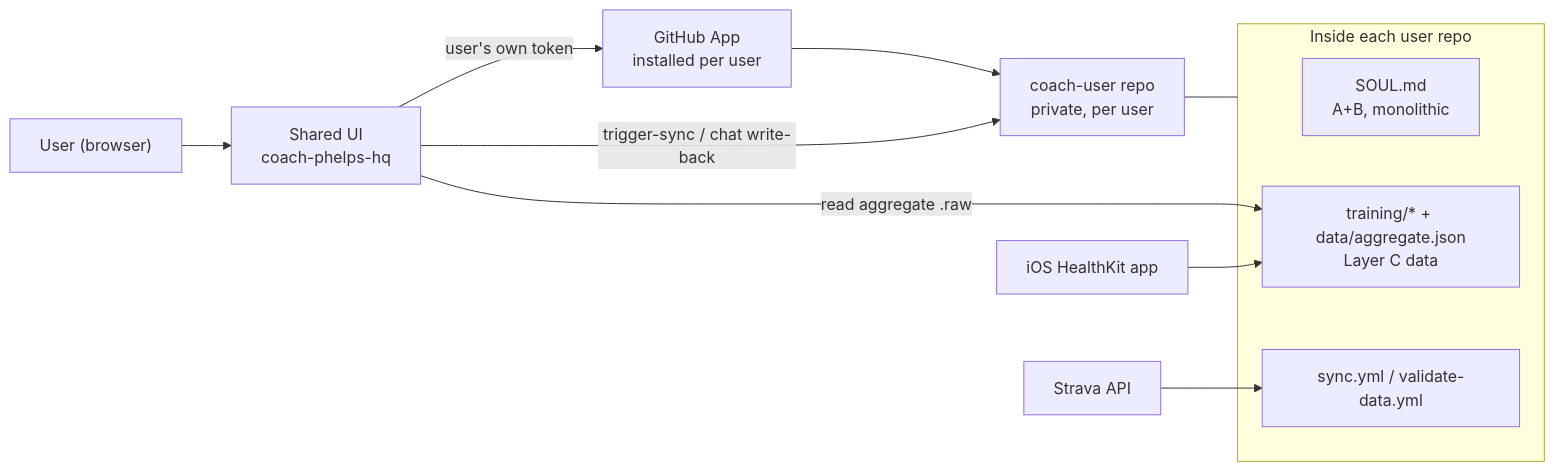
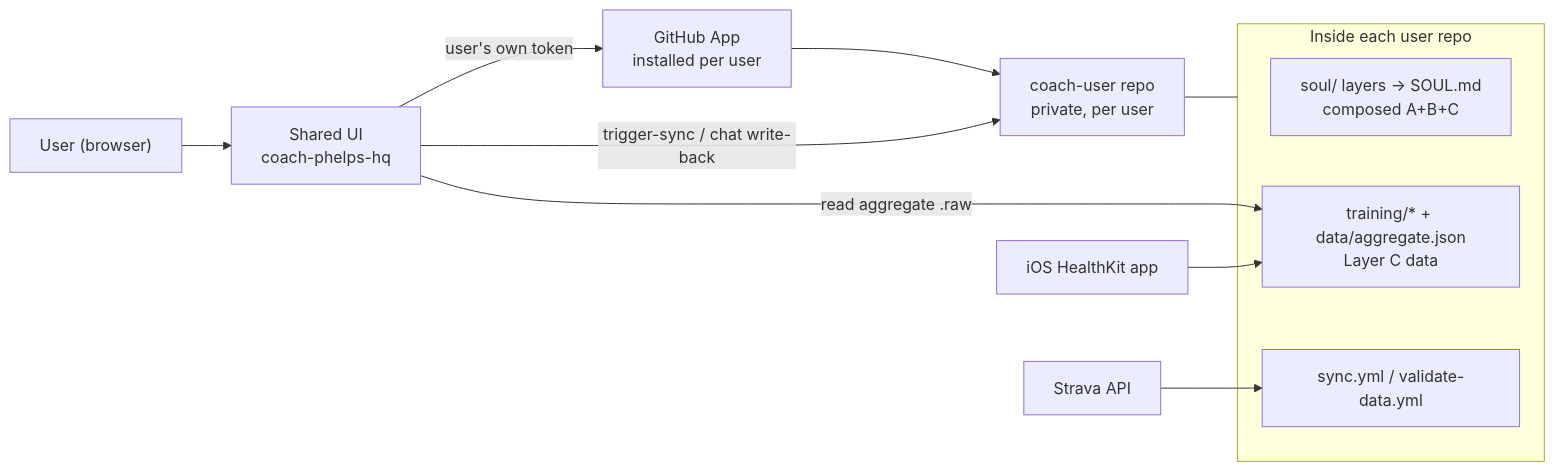
Before and after one commit to sibling-shipyard/coach-hq: the first of 7 diagrams in docs/scaling-plan.md, drawn with Mermaid. The commit also changed other lines of this file and 11 other files, not shown here.

````diff
--- a/docs/scaling-plan.md
+++ b/docs/scaling-plan.md
@@ -51,16 +51,16 @@
 ```mermaid
 flowchart LR
   user["User (browser)"] --> ui["Shared UI<br/>coach-phelps-hq"]
   ui -->|user's own token| app["GitHub App<br/>installed per user"]
   app --> repo["coach-user repo<br/>private, per user"]
   subgraph repo_contents["Inside each user repo"]
-    soul["SOUL.md<br/>A+B, monolithic"]
+    soul["soul/ layers → SOUL.md<br/>composed A+B+C"]
     cdata["training/* + data/aggregate.json<br/>Layer C data"]
     wf["sync.yml / validate-data.yml"]
   end
   repo --- repo_contents
   ui -->|read aggregate .raw| cdata
   ui -->|trigger-sync / chat write-back| repo
   strava["Strava API"] --> wf
   ios["iOS HealthKit app"] --> cdata
 ```
````
